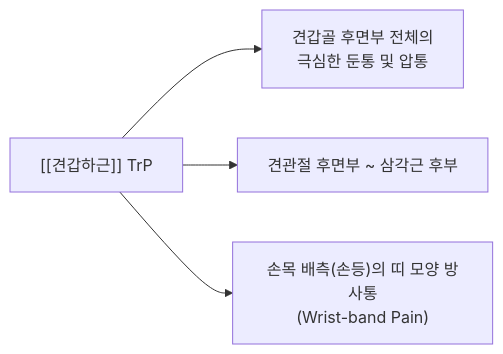
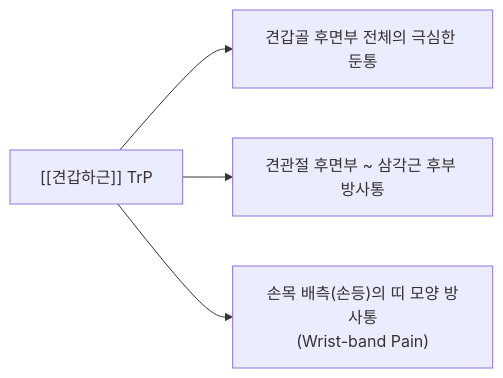
One commit to simbio11/simbio-digital-garden2 changed the second of 2 diagrams in content/1. 근골격계 공부/근육/(4) 어깨/견갑하근.md. Above: the diagram before and after it, drawn with Mermaid. The commit also changed other lines of this file and 487 other files, not shown here.

````diff
--- a/content/1. 근골격계 공부/근육/(4) 어깨/견갑하근.md
+++ b/content/1. 근골격계 공부/근육/(4) 어깨/견갑하근.md
@@ -59,6 +67,7 @@
 ```mermaid
 flowchart LR
-    TP["[[견갑하근]] TrP"] --> Zone1["견갑골 후면부 전체의\n극심한 둔통 및 압통"]
-    TP --> Zone2["견관절 후면부 ~ 삼각근 후부"]
-    TP --> Zone3["손목 배측(손등)의 띠 모양 방사통\n(Wrist-band Pain)"]
+    TP["[[견갑하근]] TrP"] --> Zone1["견갑골 후면부 전체의 극심한 둔통"]
+    TP --> Zone2["견관절 후면부 ~ 삼각근 후부 방사통"]
+    TP --> Zone3["손목 배측(손등)의 띠 모양 방사통
+(Wrist-band Pain)"]
 ```
````
